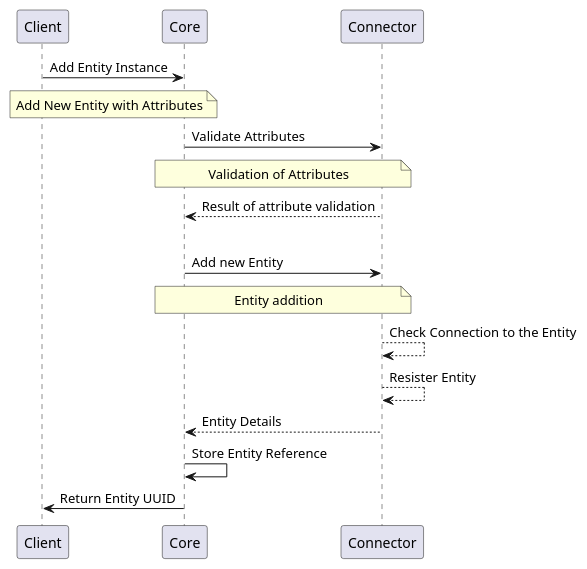
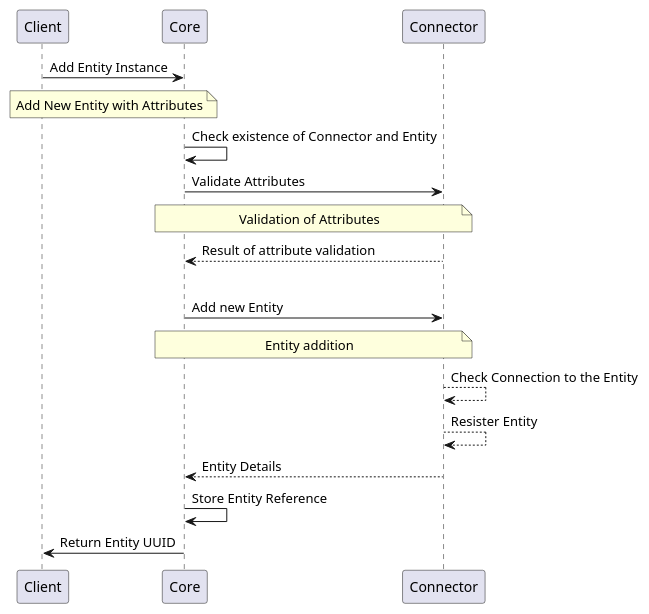
One commit to CZERTAINLY/CZERTAINLY-Documentation changed the first of 13 diagrams in docs/12-connectors/05-description/40-entity-provider.md. Above: the diagram before and after it, drawn with PlantUML. The commit also changed other lines of this file and 4 other files, not shown here.

````diff
--- a/docs/12-connectors/05-description/40-entity-provider.md
+++ b/docs/12-connectors/05-description/40-entity-provider.md
@@ -37,18 +37,19 @@
 ```plantuml
     @startuml
     skinparam topurl https://docs.czertainly.com/api/
         Client -> Core [[core-Entity/#tag/Entity-Management-API/operation/createEntityInstance]]: Add Entity Instance
         note over Client,Core: Add New Entity with Attributes
+        Core->Core: Check existence of Connector and Entity
         Core -> Connector [[core-Entity/#tag/Entity-Management-API/operation/validateLocationAttributes]]: Validate Attributes
         note over Core,Connector: Validation of Attributes
         Connector --> Core: Result of attribute validation
         |||
         Core -> Connector [[core-Entity/#tag/Entity-Management-API/operation/createEntityInstance]]: Add new Entity
         note over Core,Connector: Entity addition
         Connector --> Connector: Check Connection to the Entity
         Connector --> Connector: Resister Entity
         Connector --> Core: Entity Details
         Core -> Core: Store Entity Reference
         Core -> Client: Return Entity UUID
     @enduml
 ```
````
